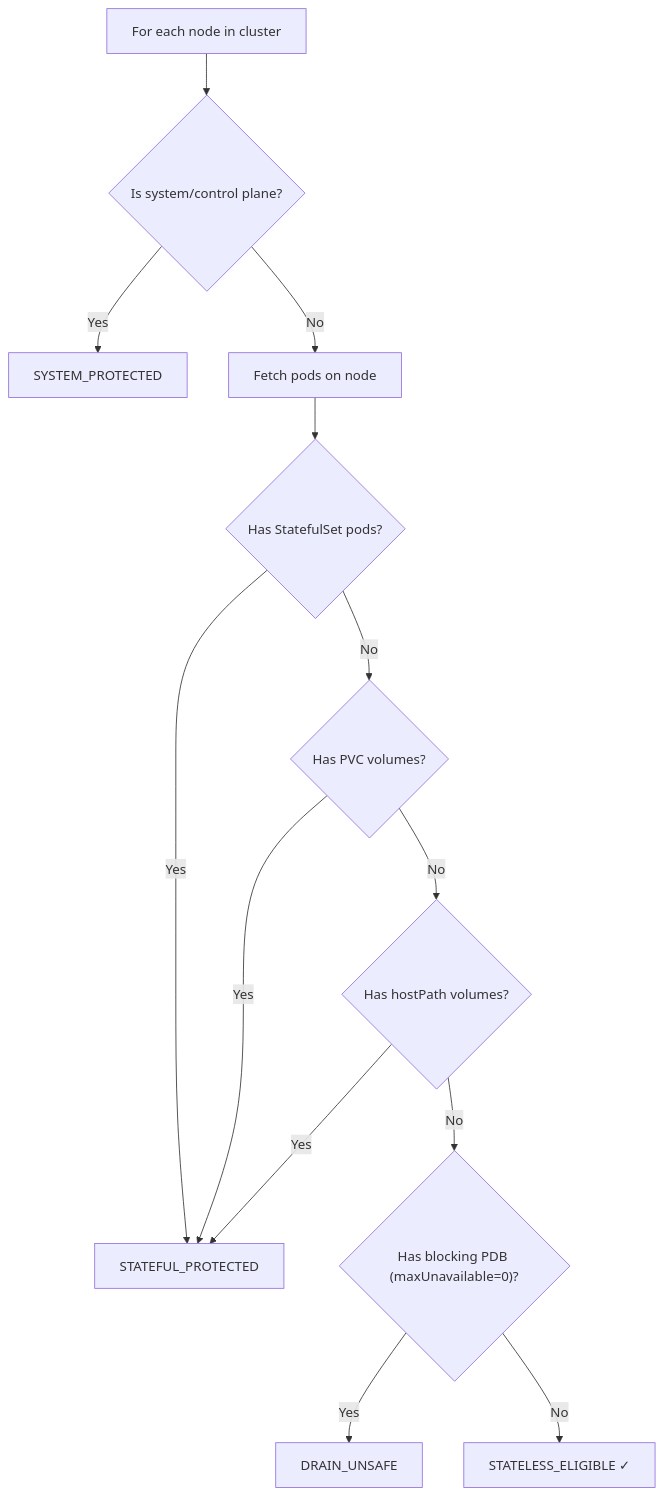
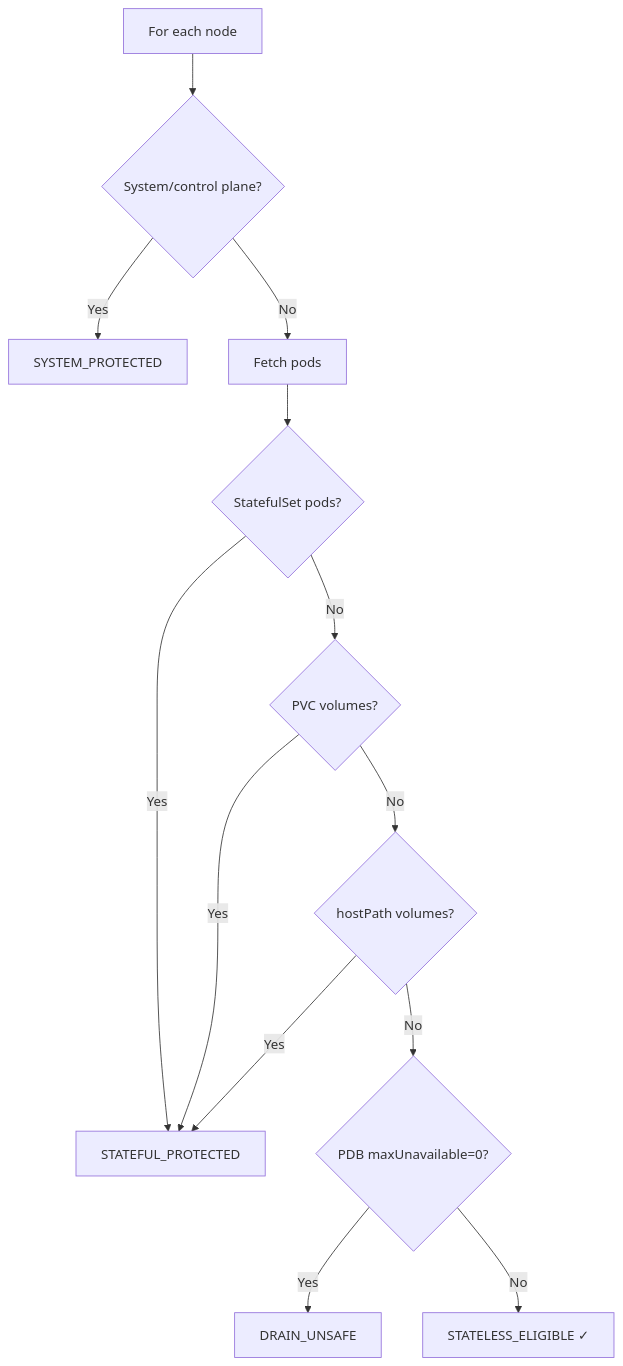
Before and after one commit to atharva0608/final-ml: diagram 16 of 16 in documents/logic.md, drawn with Mermaid. The commit also changed other lines of this file and 93 other files, not shown here.

````diff
--- a/documents/logic.md
+++ b/documents/logic.md
@@ -1066,15 +1104,15 @@
 ```mermaid
 flowchart TD
-    NODE["For each node in cluster"] --> SYS{"Is system/control plane?"}
+    NODE["For each node"] --> SYS{"System/control plane?"}
     SYS -- "Yes" --> SYSTEM["SYSTEM_PROTECTED"]
-    SYS -- "No" --> PODS["Fetch pods on node"]
-    PODS --> SS{"Has StatefulSet pods?"}
+    SYS -- "No" --> PODS["Fetch pods"]
+    PODS --> SS{"StatefulSet pods?"}
     SS -- "Yes" --> STATEFUL["STATEFUL_PROTECTED"]
-    SS -- "No" --> PVC{"Has PVC volumes?"}
+    SS -- "No" --> PVC{"PVC volumes?"}
     PVC -- "Yes" --> STATEFUL
-    PVC -- "No" --> HP{"Has hostPath volumes?"}
+    PVC -- "No" --> HP{"hostPath volumes?"}
     HP -- "Yes" --> STATEFUL
-    HP -- "No" --> PDB{"Has blocking PDB (maxUnavailable=0)?"}
+    HP -- "No" --> PDB{"PDB maxUnavailable=0?"}
     PDB -- "Yes" --> DRAIN_UNSAFE["DRAIN_UNSAFE"]
     PDB -- "No" --> STATELESS["STATELESS_ELIGIBLE ✓"]
 ```
````
